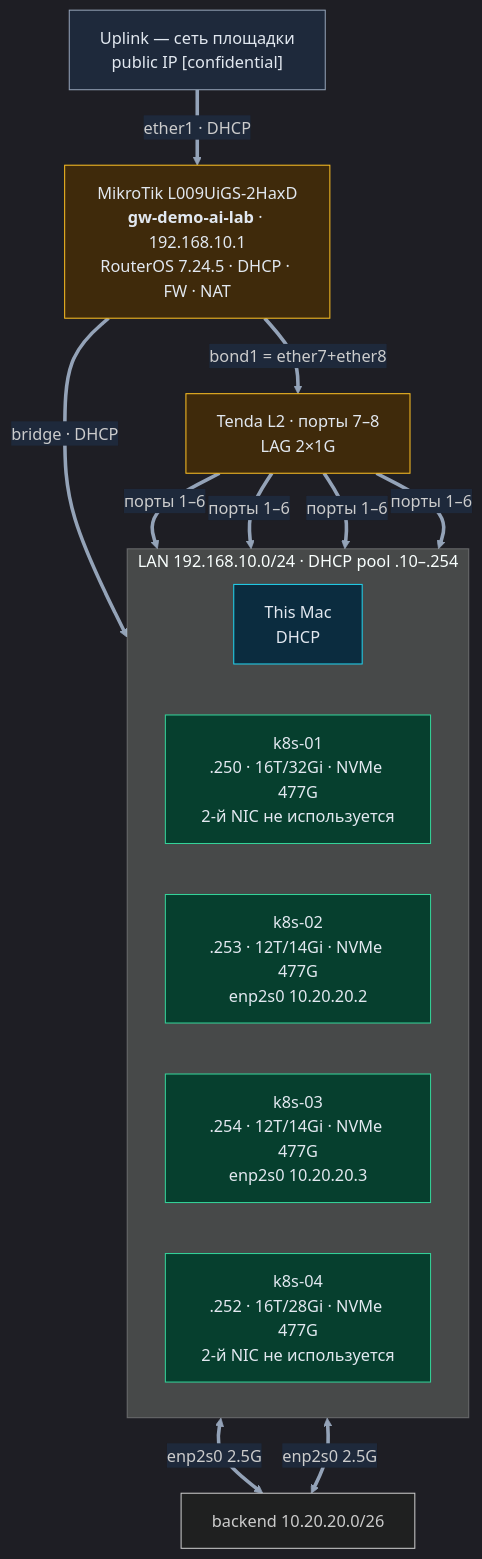
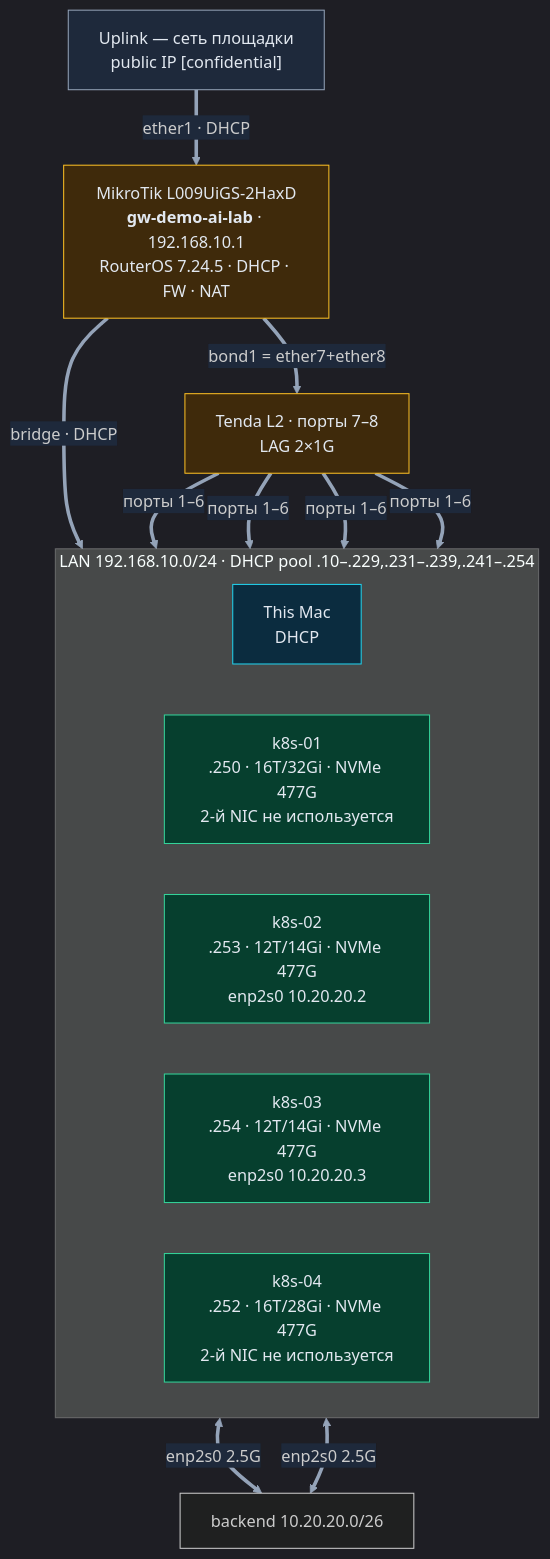
The diagram in network-map-detail.md (msklv/demo-ai-lab), drawn with Mermaid before and after one commit. The commit also changed other lines of this file and 4 other files, not shown here.

````diff
--- a/network-map-detail.md
+++ b/network-map-detail.md
@@ -10,35 +11,35 @@
 ```mermaid
 %%{init: {"theme": "dark", "themeVariables": {"fontFamily": "ui-monospace, monospace", "edgeLabelBackground": "#1e293b", "primaryTextColor": "#e2e8f0", "lineColor": "#94a3b8"}}}%%
 graph TD
 
     UP["Uplink — сеть площадки<br/>public IP [confidential]"]:::ext
 
     RT["MikroTik L009UiGS-2HaxD<br/><b>gw-demo-ai-lab</b> · 192.168.10.1<br/>RouterOS 7.24.5 · DHCP · FW · NAT"]:::net
 
-    subgraph LAN["LAN 192.168.10.0/24 · DHCP pool .10–.254"]
+    subgraph LAN["LAN 192.168.10.0/24 · DHCP pool .10–.229,.231–.239,.241–.254"]
         direction LR
         MAC["This Mac<br/>DHCP"]:::mac
         K1["k8s-01<br/>.250 · 16T/32Gi · NVMe 477G<br/>2-й NIC не используется"]:::linux
         K2["k8s-02<br/>.253 · 12T/14Gi · NVMe 477G<br/>enp2s0 10.20.20.2"]:::linux
         K3["k8s-03<br/>.254 · 12T/14Gi · NVMe 477G<br/>enp2s0 10.20.20.3"]:::linux
         K4["k8s-04<br/>.252 · 16T/28Gi · NVMe 477G<br/>2-й NIC не используется"]:::linux
     end
 
     K2 <==>|"enp2s0 2.5G"| BE["backend 10.20.20.0/26"]
     K3 <==>|"enp2s0 2.5G"| BE
 
     UP ==>|"ether1 · DHCP"| RT
     SW["Tenda L2 · порты 7–8<br/>LAG 2×1G"]:::net
 
     RT ==>|"bridge · DHCP"| MAC
     RT ==>|"bond1 = ether7+ether8"| SW
     SW ==>|"порты 1–6"| K1
     SW ==>|"порты 1–6"| K2
     SW ==>|"порты 1–6"| K3
     SW ==>|"порты 1–6"| K4
 
     classDef mac fill:#0b2c3f,stroke:#22d3ee,color:#e2e8f0;
     classDef linux fill:#063f2e,stroke:#34d399,color:#e2e8f0;
     classDef net fill:#3f2a0b,stroke:#fbbf24,color:#e2e8f0;
     classDef ext fill:#1e293b,stroke:#94a3b8,color:#e2e8f0;
 ```
````
